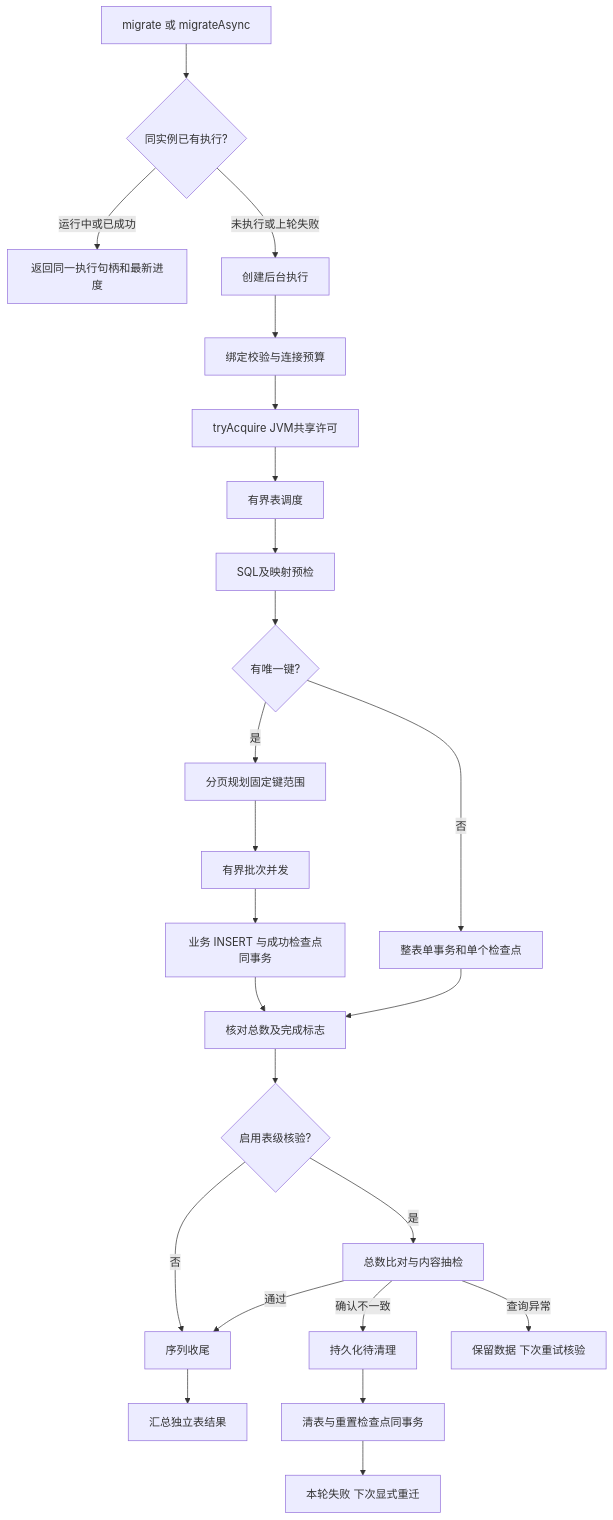
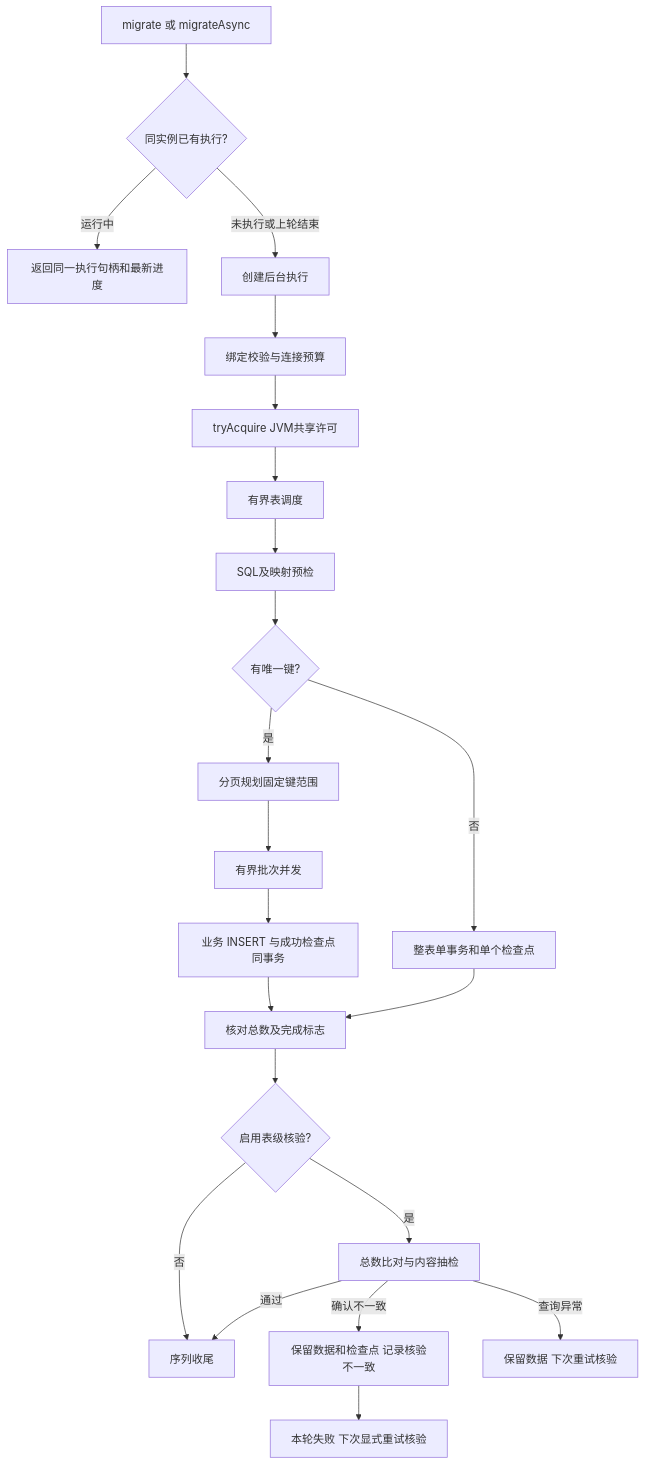
Before and after one commit to differGoose/data_migration: the diagram in docs/architecture.md, drawn with Mermaid. The commit also changed other lines of this file and 37 other files, not shown here.

````diff
--- a/docs/architecture.md
+++ b/docs/architecture.md
@@ -27,26 +27,24 @@
 ```mermaid
 flowchart TD
     A[migrate 或 migrateAsync] --> R{同实例已有执行?}
-    R -->|运行中或已成功| S[返回同一执行句柄和最新进度]
-    R -->|未执行或上轮失败| T[创建后台执行]
+    R -->|运行中| S[返回同一执行句柄和最新进度]
+    R -->|未执行或上轮结束| T[创建后台执行]
     T --> B[绑定校验与连接预算]
     B --> C[tryAcquire JVM共享许可]
     C --> D[有界表调度]
     D --> E[SQL及映射预检]
     E --> F{有唯一键?}
     F -->|是| G[分页规划固定键范围]
     G --> H[有界批次并发]
     H --> I[业务 INSERT 与成功检查点同事务]
     F -->|否| J[整表单事务和单个检查点]
     I --> K[核对总数及完成标志]
     J --> K
     K --> V{启用表级核验?}
     V -->|否| L[序列收尾]
     V -->|是| Q[总数比对与内容抽检]
     Q -->|通过| L
-    Q -->|确认不一致| X[持久化待清理]
-    X --> Y[清表与重置检查点同事务]
-    Y --> Z[本轮失败 下次显式重迁]
+    Q -->|确认不一致| X[保留数据和检查点 记录核验不一致]
+    X --> Y[本轮失败 下次显式重试核验]
     Q -->|查询异常| U[保留数据 下次重试核验]
-    L --> M[汇总独立表结果]
 ```
````
